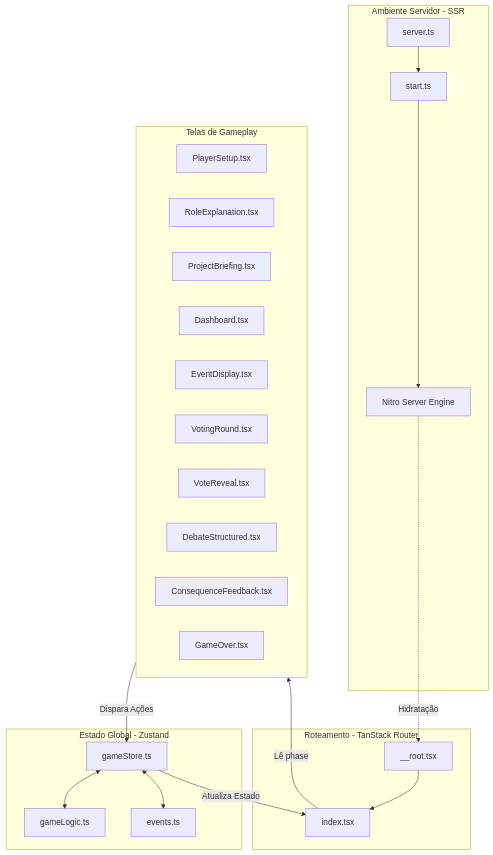
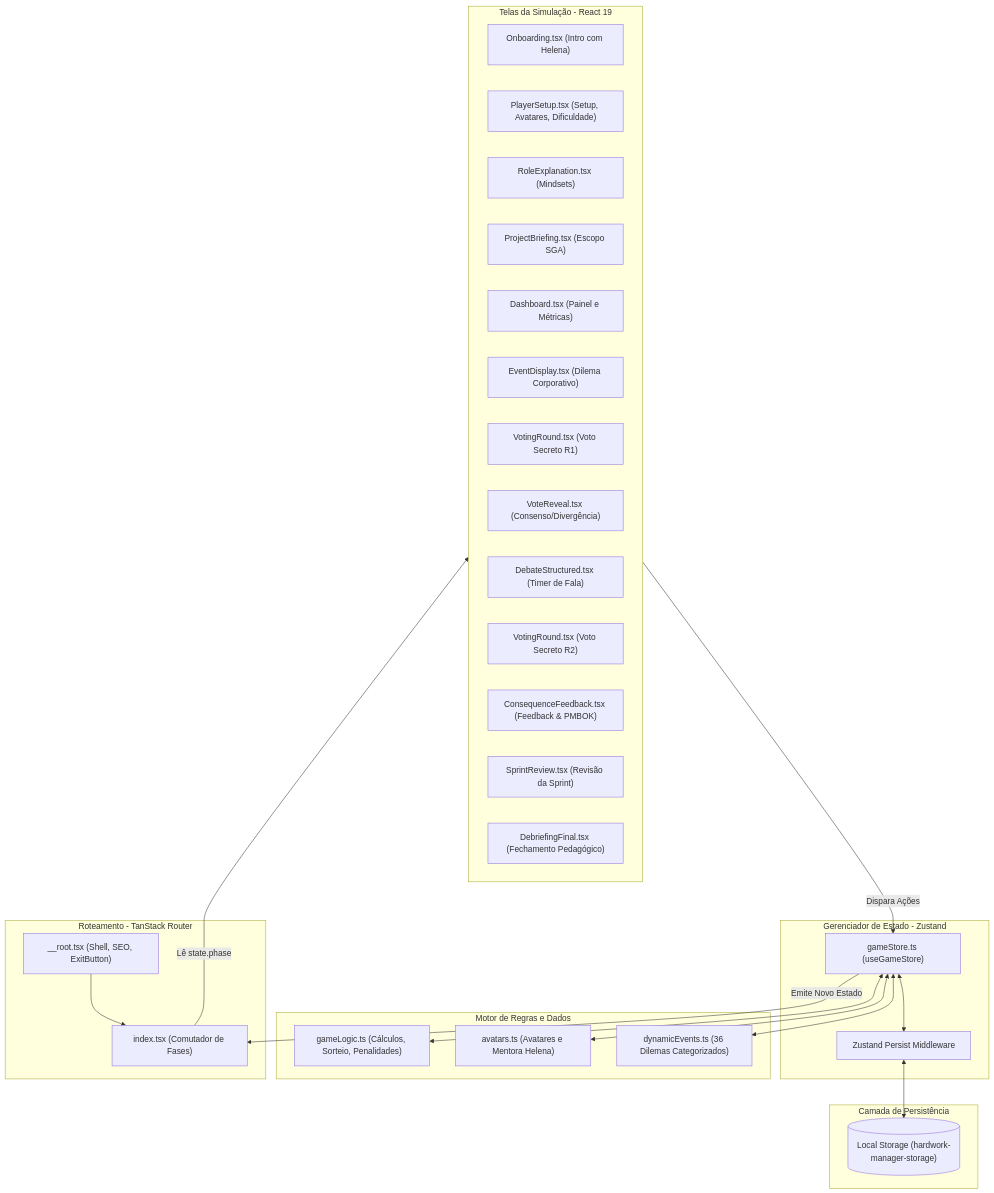
Before and after one commit to samuelcosta-pd/hardworkmanager: the first of 7 diagrams in documentacao_tecnica_tcc2.md, drawn with Mermaid. The commit also changed other lines of this file and 19 other files, not shown here.

Commit message:
refactor: remove static event modules and consolidate event management logic

````diff
--- a/documentacao_tecnica_tcc2.md
+++ b/documentacao_tecnica_tcc2.md
@@ -124,39 +153,54 @@
 ```mermaid
 graph TD
-    %% Componentes do Servidor e Entrada
-    subgraph ServerSide [Ambiente Servidor - SSR]
-        ServerTS[server.ts] --> StartTS[start.ts]
-        StartTS --> Nitro[Nitro Server Engine]
+    %% Camada de Persistência
+    subgraph StorageLayer [Camada de Persistência]
+        LocalStorage[("Local Storage (hardwork-manager-storage)")]
     end
 
-    %% Entrada do Cliente
-    subgraph RouterEngine [Roteamento - TanStack Router]
-        RootRoute[__root.tsx] --> IndexRoute[index.tsx]
+    %% Camada de Estado Global
+    subgraph StateManager [Gerenciador de Estado - Zustand]
+        Store["gameStore.ts (useGameStore)"]
+        StoreMiddleware["Zustand Persist Middleware"]
+        Store <--> StoreMiddleware
+        StoreMiddleware <--> LocalStorage
     end
 
-    %% Estado Centralizado
-    subgraph StateManager [Estado Global - Zustand]
-        Store[gameStore.ts] <--> Logic[gameLogic.ts]
-        Store <--> EventsData[events.ts]
+    %% Camada de Regras e Dados
+    subgraph CoreEngine [Motor de Regras e Dados]
+        Logic["gameLogic.ts (Cálculos, Sorteio, Penalidades)"]
+        AvatarsData["avatars.ts (Avatares e Mentora Helena)"]
+        EventsData["dynamicEvents.ts (36 Dilemas Categorizados)"]
+        Store <--> Logic
+        Store <--> AvatarsData
+        Store <--> EventsData
     end
 
-    %% Visualização das Telas
-    subgraph Screens [Telas de Gameplay]
-        Setup[PlayerSetup.tsx]
-        Explain[RoleExplanation.tsx]
-        Brief[ProjectBriefing.tsx]
-        Dash[Dashboard.tsx]
-        EvDisp[EventDisplay.tsx]
-        VoteRound[VotingRound.tsx]
-        Reveal[VoteReveal.tsx]
-        Debate[DebateStructured.tsx]
-        Feedback[ConsequenceFeedback.tsx]
-        GameOver[GameOver.tsx]
+    %% Camada de Roteamento
+    subgraph RouterLayer [Roteamento - TanStack Router]
+        RootRoute["__root.tsx (Shell, SEO, ExitButton)"]
+        IndexRoute["index.tsx (Comutador de Fases)"]
+        RootRoute --> IndexRoute
+    end
+
+    %% Camada de Apresentação
+    subgraph PresentationLayer [Telas da Simulação - React 19]
+        Onboard["Onboarding.tsx (Intro com Helena)"]
+        Setup["PlayerSetup.tsx (Setup, Avatares, Dificuldade)"]
+        Roles["RoleExplanation.tsx (Mindsets)"]
+        Brief["ProjectBriefing.tsx (Escopo SGA)"]
+        Dash["Dashboard.tsx (Painel e Métricas)"]
+        EventDisp["EventDisplay.tsx (Dilema Corporativo)"]
+        VoteR1["VotingRound.tsx (Voto Secreto R1)"]
+        Reveal["VoteReveal.tsx (Consenso/Divergência)"]
+        Debate["DebateStructured.tsx (Timer de Fala)"]
+        VoteR2["VotingRound.tsx (Voto Secreto R2)"]
+        Feedback["ConsequenceFeedback.tsx (Feedback & PMBOK)"]
+        SprintRev["SprintReview.tsx (Revisão da Sprint)"]
+        Debrief["DebriefingFinal.tsx (Fechamento Pedagógico)"]
     end
 
     %% Conexões
-    Nitro -.->|Hidratação| RootRoute
-    IndexRoute -->|Lê phase| Screens
-    Screens -->|Dispara Ações| Store
-    Store -->|Atualiza Estado| IndexRoute
+    IndexRoute -->|Lê state.phase| PresentationLayer
+    PresentationLayer -->|Dispara Ações| Store
+    Store -->|Emite Novo Estado| IndexRoute
 ```
````
